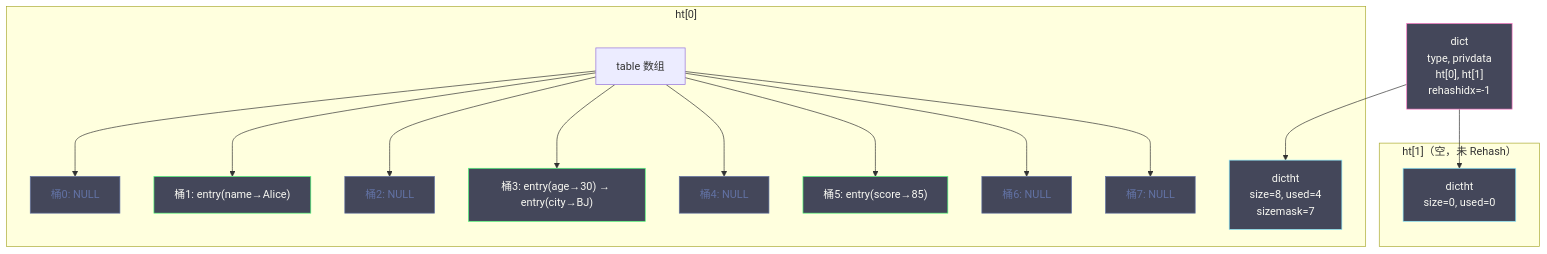
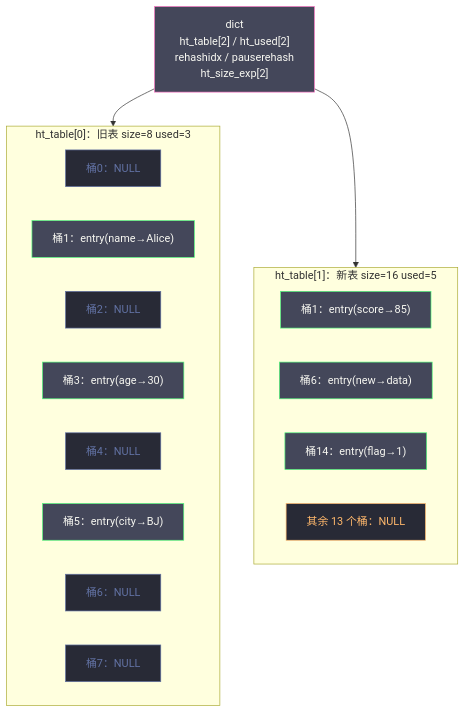
One commit to hpliStartAgain/my-brain changed the first of 6 diagrams in content/中间件/Redis/Redis设计与实现/03 字典与渐进式 Rehash.md. Above: the diagram before and after it, drawn with Mermaid. The commit also changed other lines of this file and 455 other files, not shown here.

````diff
--- a/content/中间件/Redis/Redis设计与实现/03 字典与渐进式 Rehash.md
+++ b/content/中间件/Redis/Redis设计与实现/03 字典与渐进式 Rehash.md
@@ -90,35 +114,36 @@
 ```mermaid
 %%{init: {'theme': 'dracula'}}%%
 graph TD
-    DICT["dict</br>type, privdata</br>ht[0], ht[1]</br>rehashidx=-1"]
+    DICT["dict<br/>ht_table[2] / ht_used[2]<br/>rehashidx / pauserehash<br/>ht_size_exp[2]"]
 
-    subgraph "ht[0]"
-        HT0["dictht</br>size=8, used=4</br>sizemask=7"]
-        T0["table 数组"]
-        T0 --> B0["桶0: NULL"]
-        T0 --> B1["桶1: entry(name→Alice)"]
-        T0 --> B2["桶2: NULL"]
-        T0 --> B3["桶3: entry(age→30) → entry(city→BJ)"]
-        T0 --> B4["桶4: NULL"]
-        T0 --> B5["桶5: entry(score→85)"]
-        T0 --> B6["桶6: NULL"]
-        T0 --> B7["桶7: NULL"]
+    subgraph T0["ht_table[0]：旧表 size=8 used=3"]
+        A0["桶0：NULL"]
+        A1["桶1：entry(name→Alice)"]
+        A2["桶2：NULL"]
+        A3["桶3：entry(age→30)"]
+        A4["桶4：NULL"]
+        A5["桶5：entry(city→BJ)"]
+        A6["桶6：NULL"]
+        A7["桶7：NULL"]
     end
 
-    subgraph "ht[1]（空，未 Rehash）"
-        HT1["dictht</br>size=0, used=0"]
+    subgraph T1["ht_table[1]：新表 size=16 used=5"]
+        B1["桶1：entry(score→85)"]
+        B6["桶6：entry(new→data)"]
+        B14["桶14：entry(flag→1)"]
+        REST["其余 13 个桶：NULL"]
     end
 
-    DICT --> HT0
-    DICT --> HT1
+    DICT --> T0
+    DICT --> T1
 
     classDef dictNode fill:#44475a,stroke:#ff79c6,color:#f8f8f2
-    classDef htNode fill:#44475a,stroke:#8be9fd,color:#f8f8f2
-    classDef entryNode fill:#44475a,stroke:#50fa7b,color:#f8f8f2
-    classDef nullNode fill:#44475a,stroke:#6272a4,color:#6272a4
+    classDef used fill:#44475a,stroke:#50fa7b,color:#f8f8f2
+    classDef empty fill:#282a36,stroke:#6272a4,color:#6272a4
+    classDef rest fill:#282a36,stroke:#ffb86c,color:#ffb86c
 
     class DICT dictNode
-    class HT0,HT1 htNode
-    class B1,B3,B5 entryNode
-    class B0,B2,B4,B6,B7 nullNode
+    class A1,A3,A5,B1,B6,B14 used
+    class A0,A2,A4,A6,A7 empty
+    class REST rest
 ```
````
